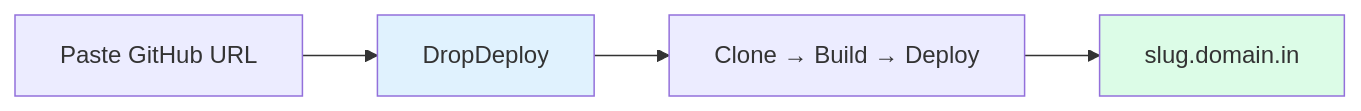
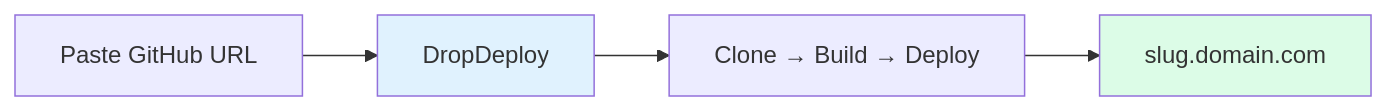
Before and after one commit to kpndevrootentri/dropdeploy: the first of 2 diagrams in README.md, drawn with Mermaid. The commit also changed other lines of this file and 23 other files, not shown here.

````diff
--- a/README.md
+++ b/README.md
@@ -5,9 +5,9 @@
 ```mermaid
 graph LR
     A["Paste GitHub URL"] --> B["DropDeploy"]
     B --> C["Clone → Build → Deploy"]
-    C --> D["slug.domain.in"]
+    C --> D["slug.domain.com"]
 
     style B fill:#e0f2fe
     style D fill:#dcfce7
 ```
````
